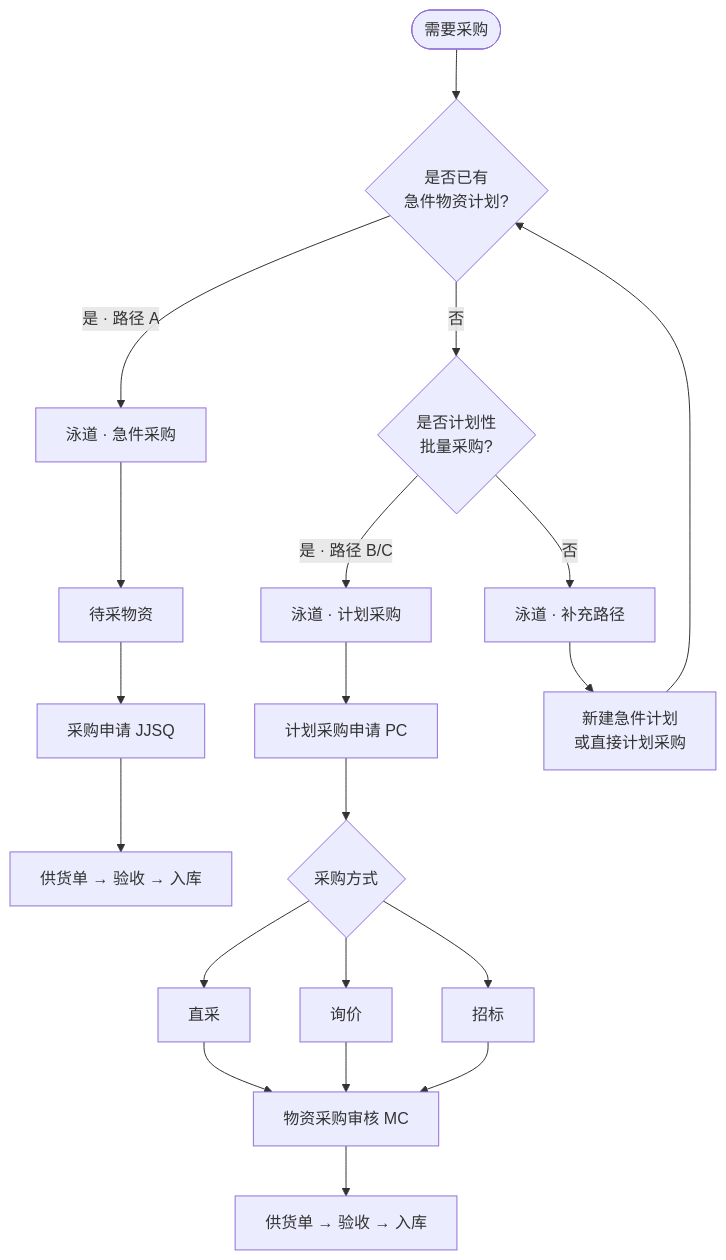
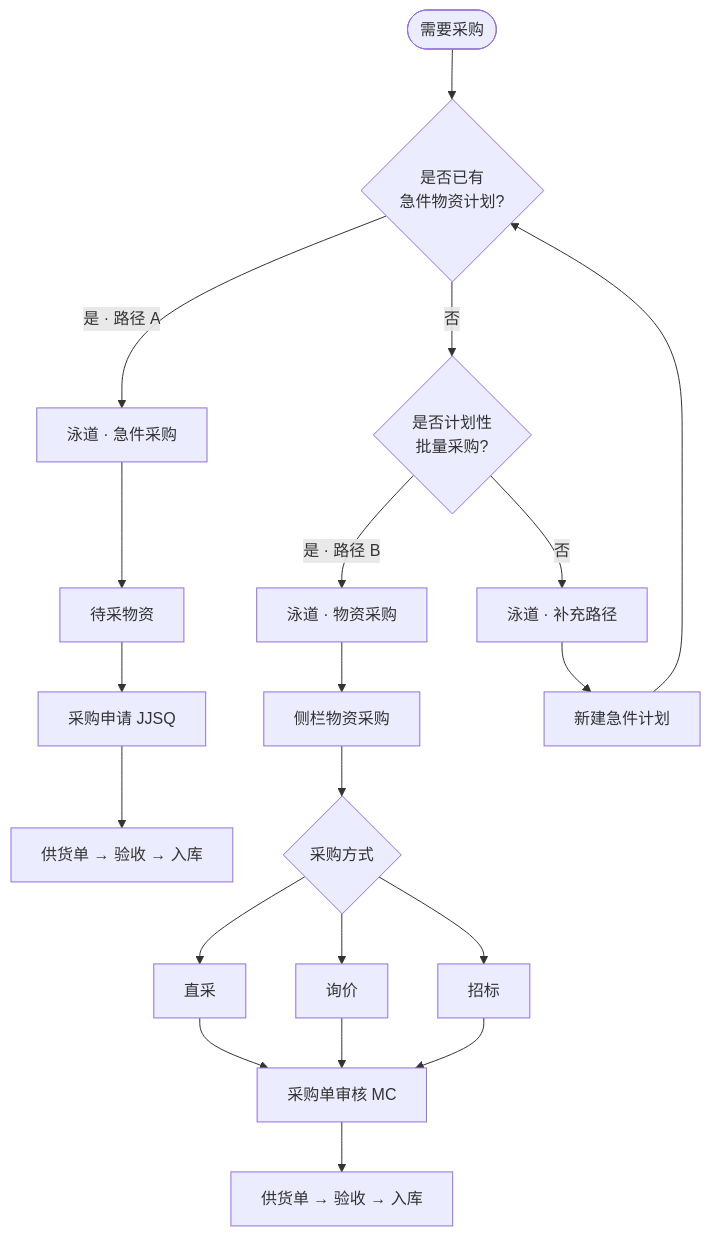
One commit to liaoliao66/wms changed diagram 27 of 28 in docs/prd.md. Above: the diagram before and after it, drawn with Mermaid. The commit also changed other lines of this file and 2 other files, not shown here.

````diff
--- a/docs/prd.md
+++ b/docs/prd.md
@@ -2167,20 +2190,20 @@
 ```mermaid
 flowchart TB
     Start(["需要采购"]) --> Q1{"是否已有<br/>急件物资计划?"}
 
     Q1 -->|"是 · 路径 A"| LaneA["泳道 · 急件采购"]
     LaneA --> A1["待采物资"] --> A2["采购申请 JJSQ"] --> A3["供货单 → 验收 → 入库"]
 
     Q1 -->|"否"| Q2{"是否计划性<br/>批量采购?"}
 
-    Q2 -->|"是 · 路径 B/C"| LaneB["泳道 · 计划采购"]
-    LaneB --> B1["计划采购申请 PC"] --> B2{"采购方式"}
+    Q2 -->|"是 · 路径 B"| LaneB["泳道 · 物资采购"]
+    LaneB --> B1["侧栏物资采购"] --> B2{"采购方式"}
     B2 --> B3["直采"]
     B2 --> B4["询价"]
     B2 --> B5["招标"]
-    B3 & B4 & B5 --> B6["物资采购审核 MC"] --> B7["供货单 → 验收 → 入库"]
+    B3 & B4 & B5 --> B6["采购单审核 MC"] --> B7["供货单 → 验收 → 入库"]
 
     Q2 -->|"否"| LaneC["泳道 · 补充路径"]
-    LaneC --> C1["新建急件计划<br/>或直接计划采购"]
+    LaneC --> C1["新建急件计划"]
     C1 --> Q1
 ```
````
